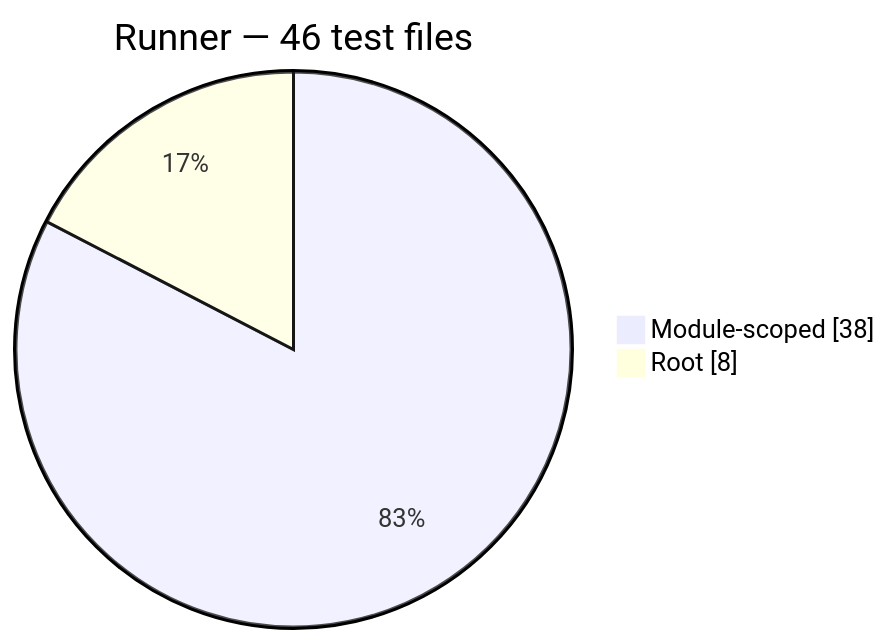
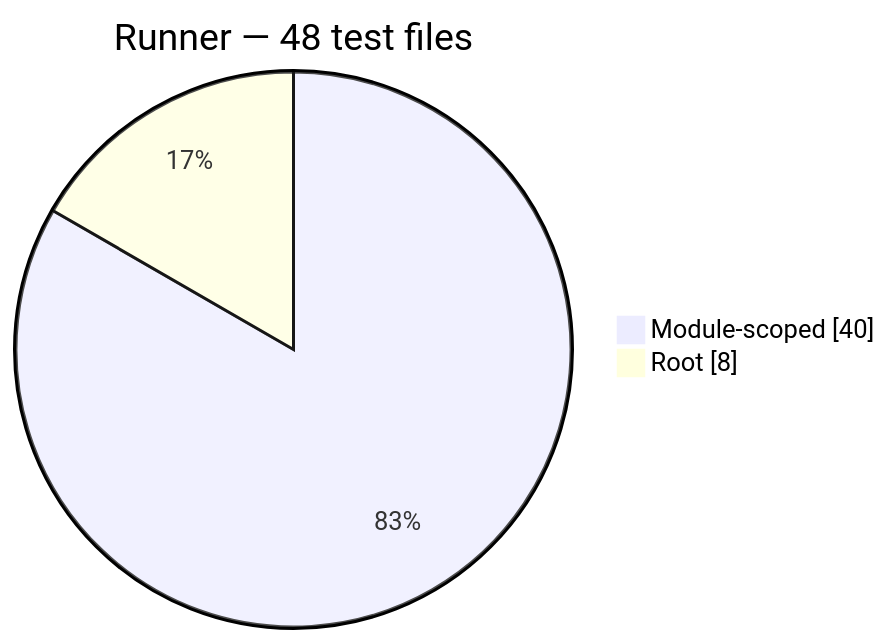
One commit to Mohammed-Alama/php-arazzo changed the ninth of 12 diagrams in docs/generated/test-composition.md. Above: the diagram before and after it, drawn with Mermaid. The commit also changed other lines of this file and 16 other files, not shown here.

````diff
--- a/docs/generated/test-composition.md
+++ b/docs/generated/test-composition.md
@@ -128,6 +128,6 @@
 ```mermaid
 pie showData
-    title Runner — 46 test files
-    "Module-scoped": 38
+    title Runner — 48 test files
+    "Module-scoped": 40
     "Root": 8
 ```
````
